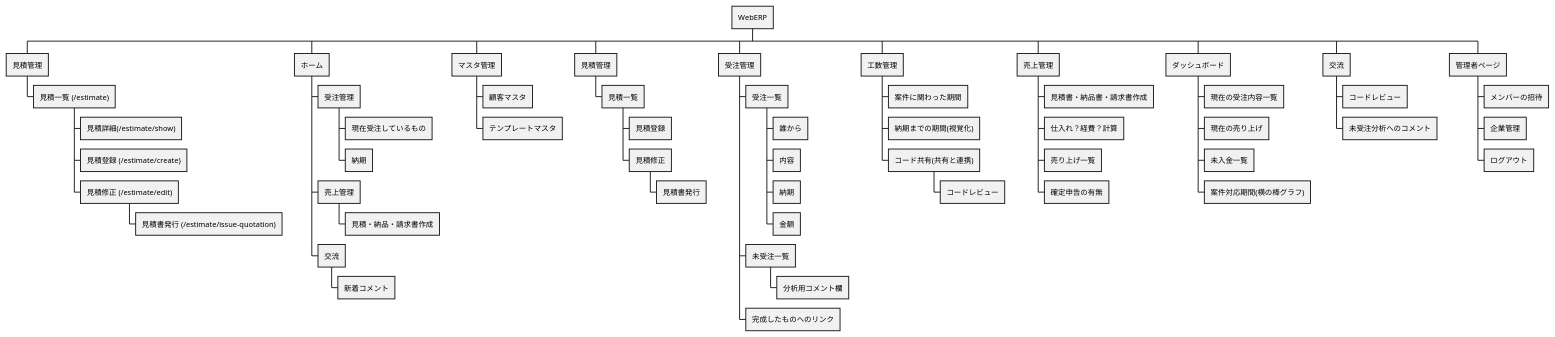
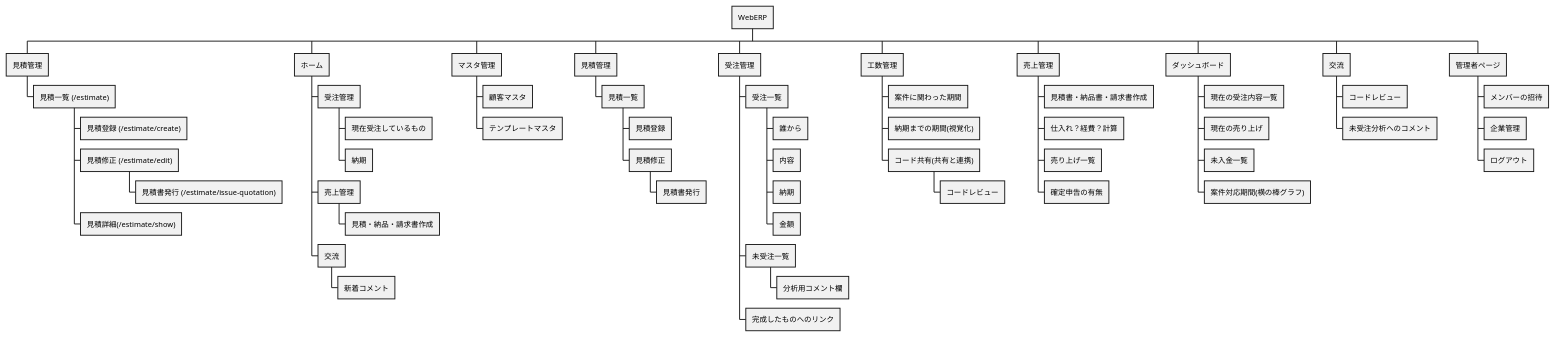
The diagram in docs/SiteMap.puml (CoopTechOrg/WebERP), drawn with PlantUML before and after one commit. The commit also changed other lines of this file, not shown here.

```diff
--- a/docs/SiteMap.puml
+++ b/docs/SiteMap.puml
@@ -1,68 +1,68 @@
 @startwbs
 'https://plantuml.com/wbs-diagram
 
 * WebERP
 
 ** 見積管理
 *** 見積一覧 (/estimate)
-**** 見積詳細(/estimate/show)
 **** 見積登録 (/estimate/create)
 **** 見積修正 (/estimate/edit)
 ***** 見積書発行 (/estimate/issue-quotation)
+**** 見積詳細(/estimate/show)
 
 ** ホーム
 *** 受注管理
 **** 現在受注しているもの
 **** 納期
 *** 売上管理
 **** 見積・納品・請求書作成
 *** 交流
 **** 新着コメント
 
 ** マスタ管理
 *** 顧客マスタ
 *** テンプレートマスタ
 
 ** 見積管理
 *** 見積一覧
 **** 見積登録
 **** 見積修正
 ***** 見積書発行
 
 ** 受注管理
 *** 受注一覧
 **** 誰から
 **** 内容
 **** 納期
 **** 金額
 *** 未受注一覧
 **** 分析用コメント欄
 *** 完成したものへのリンク
 
 ** 工数管理
 *** 案件に関わった期間
 *** 納期までの期間(視覚化)
 *** コード共有(共有と連携)
 **** コードレビュー
 
 ** 売上管理
 *** 見積書・納品書・請求書作成
 *** 仕入れ？経費？計算
 *** 売り上げ一覧
 *** 確定申告の有無
 
 ** ダッシュボード
 *** 現在の受注内容一覧
 *** 現在の売り上げ
 *** 未入金一覧
 *** 案件対応期間(横の棒グラフ)
 
 ** 交流
 *** コードレビュー
 *** 未受注分析へのコメント
 
 ** 管理者ページ
 *** メンバーの招待
 *** 企業管理
 *** ログアウト
 @endwbs
```
